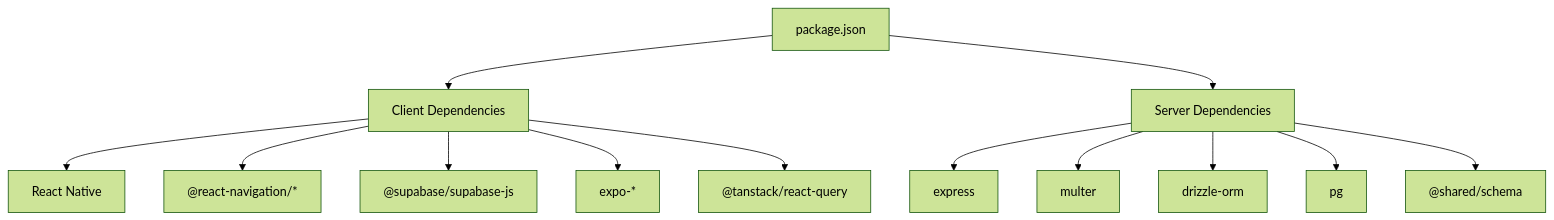
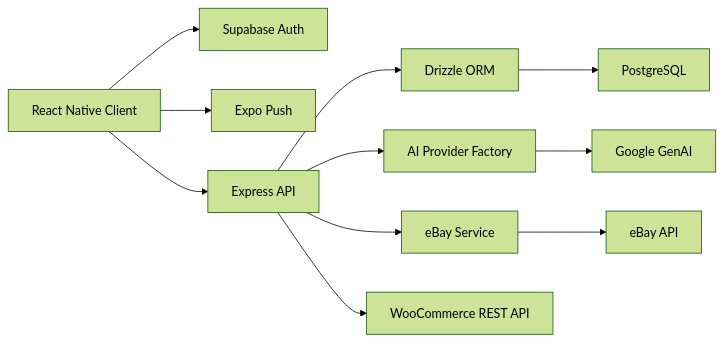
The tenth of 10 diagrams in .qoder/repowiki/en/content/Architecture Overview/Architecture Overview.md (hunglevi87/Hidden-Gem), drawn with Mermaid (forest theme) before and after one commit. The commit also changed other lines of this file and 99 other files, not shown here.

````diff
--- a/.qoder/repowiki/en/content/Architecture Overview/Architecture Overview.md
+++ b/.qoder/repowiki/en/content/Architecture Overview/Architecture Overview.md
@@ -316,16 +493,13 @@
 ```mermaid
-graph TB
-Pkg["package.json"]
-Pkg --> ClientDeps["Client Dependencies"]
-Pkg --> ServerDeps["Server Dependencies"]
-ClientDeps --> RN["React Native"]
-ClientDeps --> RNNav["@react-navigation/*"]
-ClientDeps --> Supabase["@supabase/supabase-js"]
-ClientDeps --> Expo["expo-*"]
-ClientDeps --> Query["@tanstack/react-query"]
-ServerDeps --> Express["express"]
-ServerDeps --> Multer["multer"]
-ServerDeps --> Drizzle["drizzle-orm"]
-ServerDeps --> PG["pg"]
-ServerDeps --> Shared["@shared/schema"]
+graph LR
+RN["React Native Client"] --> Supabase["Supabase Auth"]
+RN --> ExpoPush["Expo Push"]
+RN --> Express["Express API"]
+Express --> Drizzle["Drizzle ORM"]
+Drizzle --> PG["PostgreSQL"]
+Express --> AI["AI Provider Factory"]
+AI --> Gemini["Google GenAI"]
+Express --> eBay["eBay Service"]
+eBay --> eBayAPI["eBay API"]
+Express --> WC["WooCommerce REST API"]
 ```
````
